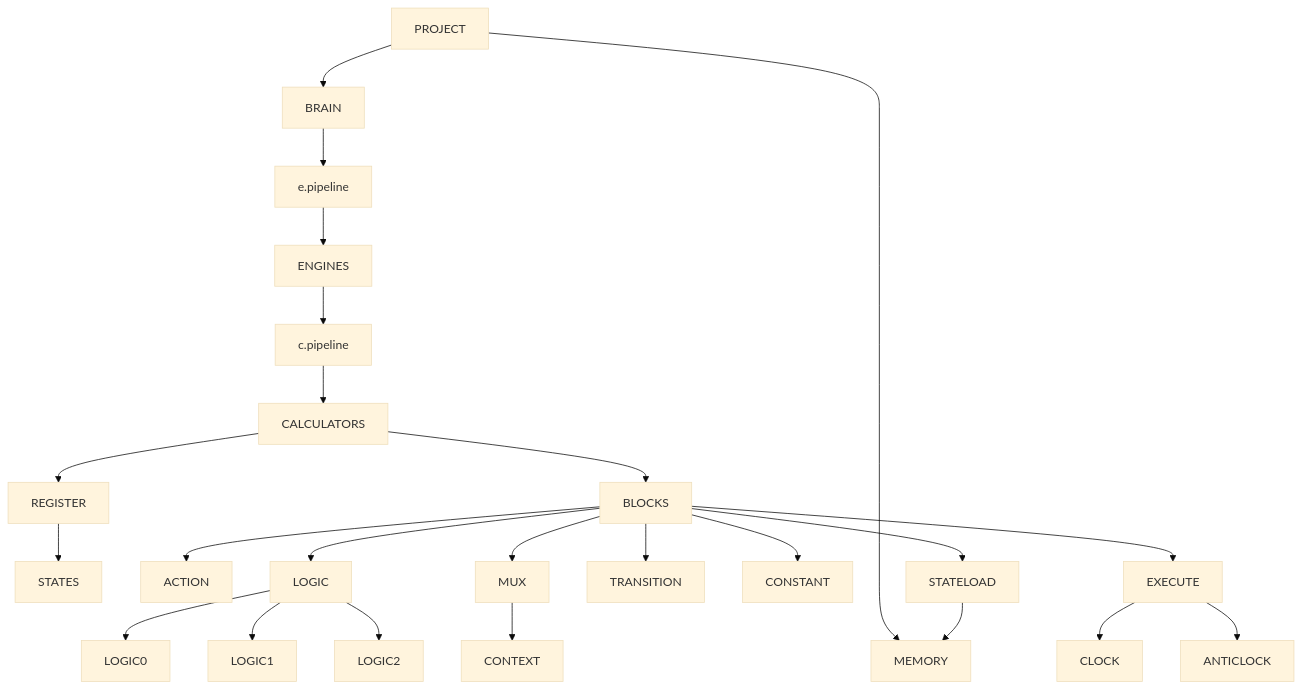
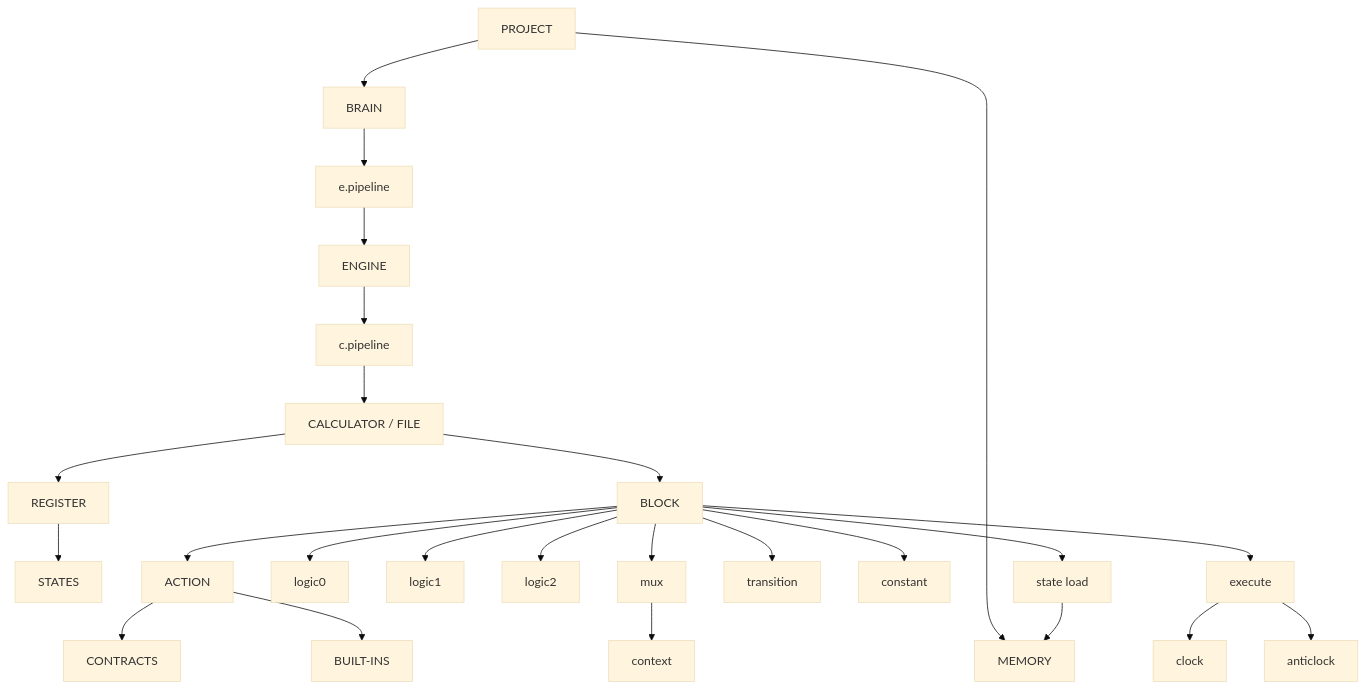
The diagram in docs/notes.md (Proxy-Phaethon/chaos), drawn with Mermaid (base theme) before and after one commit.

````diff
--- a/docs/notes.md
+++ b/docs/notes.md
@@ -99,35 +99,39 @@
 ```mermaid
 flowchart TD
-    PROJECT --> BRAIN
-    PROJECT --> MEMORY
+    P[PROJECT]
 
-    BRAIN --> EP[e.pipeline]
-    EP --> ENGINES
+    P --> B[BRAIN]
+    P --> M[MEMORY]
 
-    ENGINES --> CP[c.pipeline]
-    CP --> CALCULATORS
+    B --> EP[e.pipeline]
+    EP --> E[ENGINE]
 
-    CALCULATORS --> REGISTER
-    CALCULATORS --> BLOCKS
+    E --> CP[c.pipeline]
+    CP --> C[CALCULATOR / FILE]
 
-    REGISTER --> STATES
+    C --> R[REGISTER]
+    R --> S[STATES]
 
-    BLOCKS --> ACTION
-    BLOCKS --> LOGIC
-    BLOCKS --> MUX
-    BLOCKS --> TRANSITION
-    BLOCKS --> CONSTANT
-    BLOCKS --> STATELOAD
-    BLOCKS --> EXECUTE
+    C --> BL[BLOCK]
 
-    LOGIC --> LOGIC0
-    LOGIC --> LOGIC1
-    LOGIC --> LOGIC2
+    BL --> A[ACTION]
+    A --> CO[CONTRACTS]
+    A --> BI[BUILT-INS]
 
-    MUX --> CONTEXT
+    BL --> L0[logic0]
+    BL --> L1[logic1]
+    BL --> L2[logic2]
 
-    EXECUTE --> CLOCK
-    EXECUTE --> ANTICLOCK
+    BL --> MX[mux]
+    MX --> CT[context]
 
-    STATELOAD --> MEMORY
+    BL --> T[transition]
+    BL --> K[constant]
+    BL --> SL[state load]
+    BL --> EX[execute]
+
+    EX --> CL[clock]
+    EX --> AC[anticlock]
+
+    SL --> M
 ```
````
